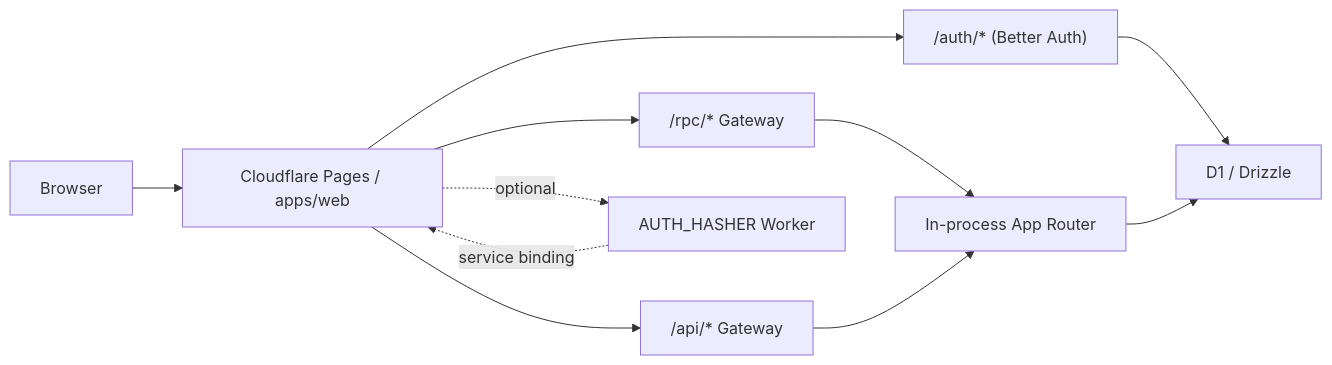
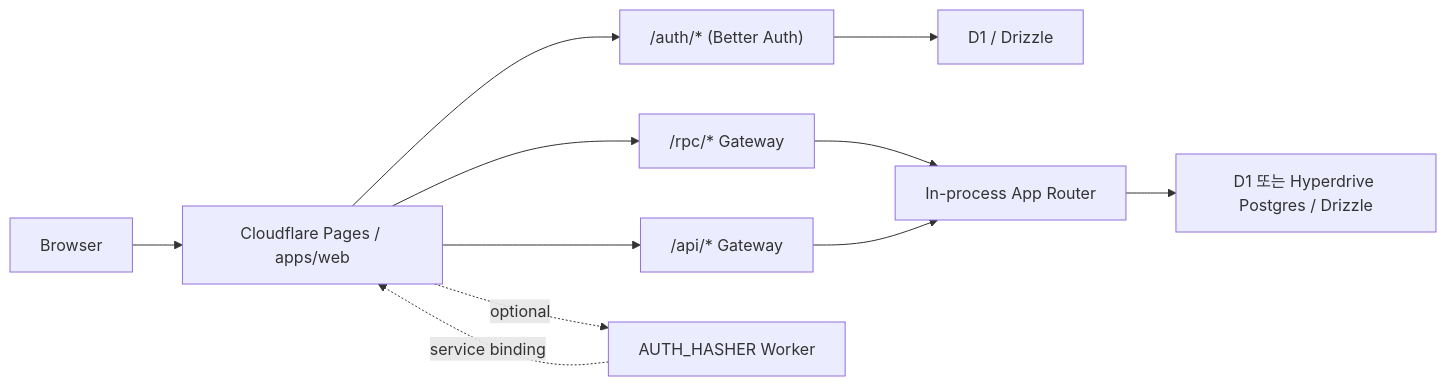
One commit to imjlk/sveltekit-orpc-typia changed the first of 2 diagrams in README_ko.md. Above: the diagram before and after it, drawn with Mermaid. The commit also changed other lines of this file and 41 other files, not shown here.

````diff
--- a/README_ko.md
+++ b/README_ko.md
@@ -24,13 +24,13 @@
 ```mermaid
 flowchart LR
     U["Browser"] --> W["Cloudflare Pages / apps/web"]
     W --> AUTH["/auth/* (Better Auth)"]
     W --> RPC["/rpc/* Gateway"]
     W --> API["/api/* Gateway"]
     AUTH --> DB["D1 / Drizzle"]
     RPC --> APP["In-process App Router"]
     API --> APP
-    APP --> DB
+    APP --> API_DB["D1 또는 Hyperdrive Postgres / Drizzle"]
     W -. optional .-> HASH["AUTH_HASHER Worker"]
     HASH -. service binding .-> W
 ```
````
